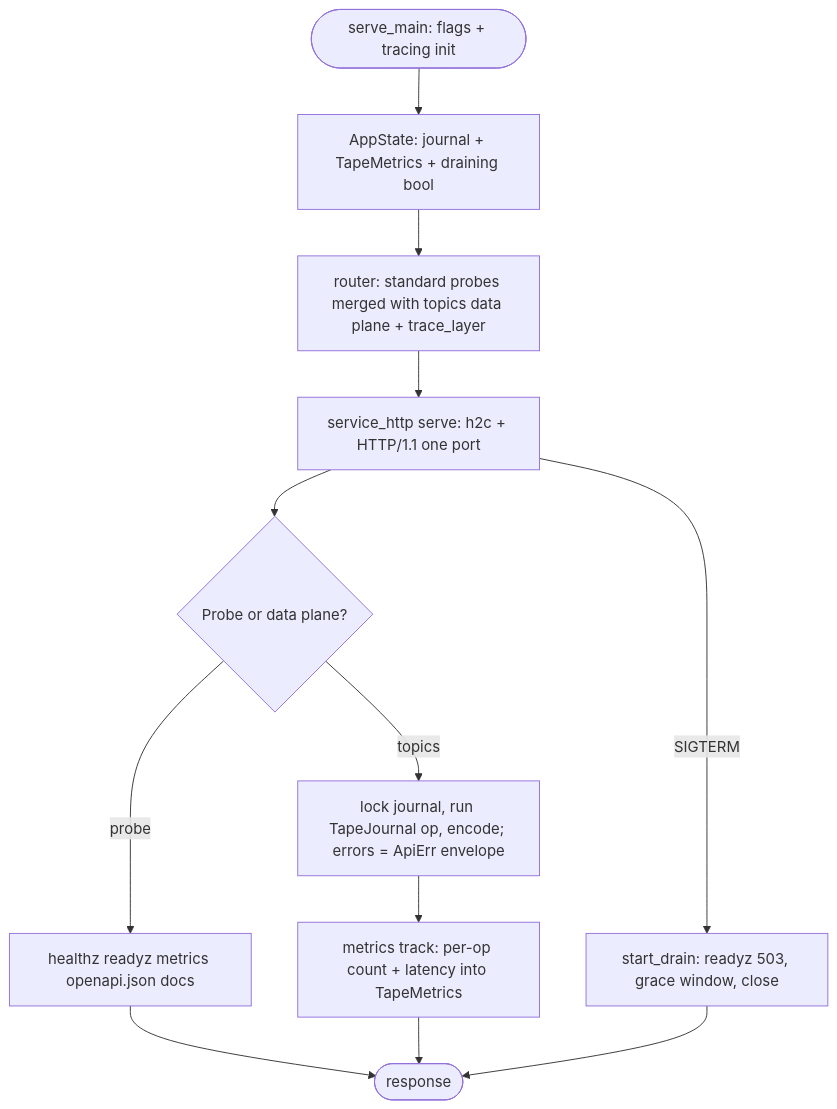
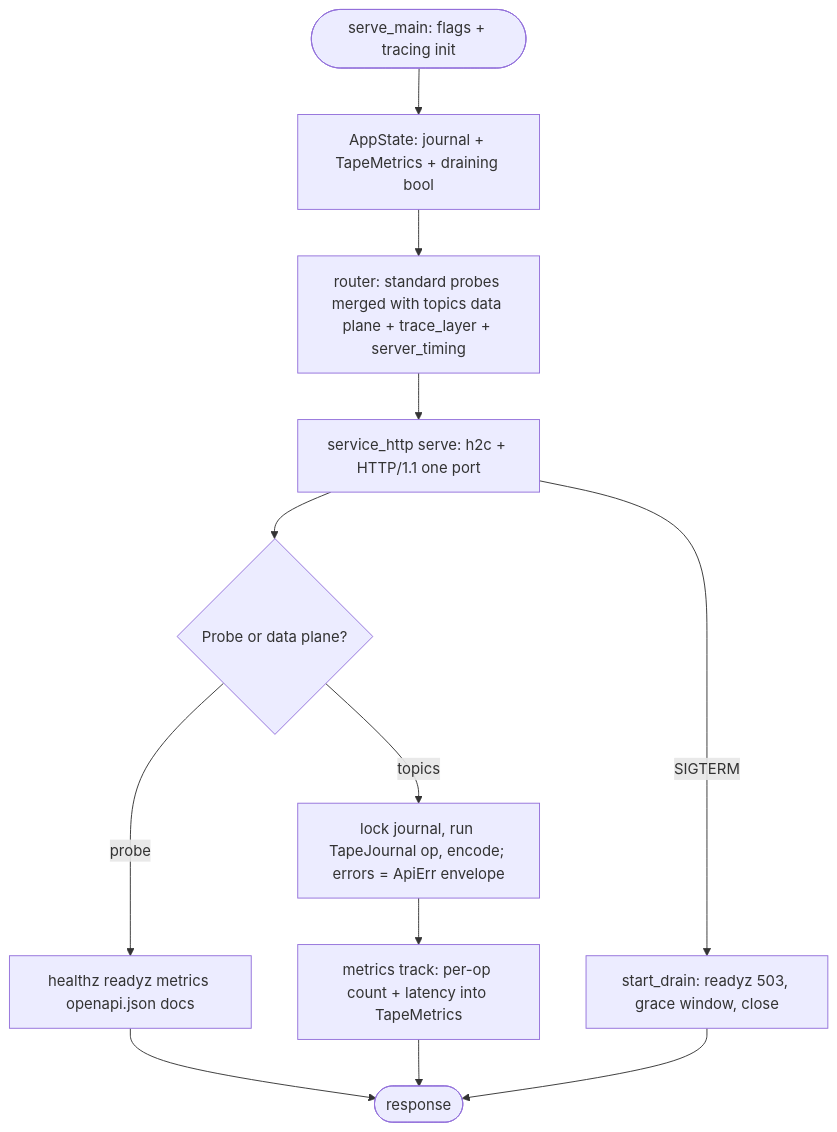
The first of 2 diagrams in apps/tape/tech-design/interfaces/rest/service-http-shell-h2c-serve-standard-endpoints.md (chrischeng-c4/axiom), drawn with Mermaid before and after one commit. The commit also changed 19 other files, not shown here.

First line of the commit message:
feat: wire Server-Timing response attribution across the service family (#2490)

````diff
--- a/apps/tape/tech-design/interfaces/rest/service-http-shell-h2c-serve-standard-endpoints.md
+++ b/apps/tape/tech-design/interfaces/rest/service-http-shell-h2c-serve-standard-endpoints.md
@@ -19,61 +19,61 @@
 ```mermaid
 ---
 id: tape-service-http-shell-flow
 entry: boot
 nodes:
   boot:
     kind: start
     label: "serve_main: parse ServeArgs (--bind/TAPE_BIND, --store/TAPE_STORE, --grace-secs/TAPE_GRACE_SECS default 10); init tracing (RUST_LOG wins, else info EnvFilter)"
   state:
     kind: process
     label: "AppState::new: load TapeJournal from --store (or empty) behind std::sync::Mutex + Arc<TapeMetrics> + draining AtomicBool; AppState implements service_http::ReadinessHook and MetricsProvider"
   build:
     kind: process
-    label: "router(): topic data plane (append/replay/checkpoint) with route_layer(metrics::track) merged onto service_http::standard_probe_routes(state, Some(metrics), crate::openapi::openapi); outer service_http::trace_layer()"
+    label: "router(): topic data plane (append/replay/checkpoint) with route_layer(metrics::track) merged onto service_http::standard_probe_routes(state, Some(metrics), crate::openapi::openapi); outer service_http::trace_layer() then service_http::server_timing_middleware (#2490)"
   serve:
     kind: process
     label: "service_http::serve(listener, app, shutdown_with_drain(start_drain, grace)) -- HTTP/1.1 + h2c on the one serve port"
   req:
     kind: decision
     label: "Request arrives: probe route or /topics data plane?"
   probes:
     kind: process
     label: "/healthz 200; /readyz 200 or 503 when ReadinessHook::is_draining; /metrics renders TapeMetrics through MetricsProvider; /openapi.json + /docs from crate::openapi::openapi"
   data:
     kind: process
     label: "Handler locks the journal Mutex, calls TapeJournal::append/replay/put_checkpoint/checkpoint (unchanged lib.rs API), persists to --store on mutation, encodes JSON; decode/validation errors return ApiErr 400 bad_request, domain errors (stale/beyond-end checkpoint) return ApiErr 409 conflict"
   track:
     kind: process
     label: "metrics::track route_layer middleware: map the matched route pattern to its op family (append/replay/checkpoint_get/checkpoint_put/other) and observe count + latency ms into TapeMetrics (metrics-prometheus Latency primitives)"
   sigterm:
     kind: process
     label: "SIGTERM or SIGINT: start_drain flips the draining AtomicBool so /readyz reports 503, the grace window holds, then the listener closes"
   done:
     kind: terminal
     label: "Response returned on the same port; every error body is the shared {error, message} envelope"
 edges:
   - { from: boot, to: state }
   - { from: state, to: build }
   - { from: build, to: serve }
   - { from: serve, to: req, label: "request accepted" }
   - { from: req, to: probes, label: "probe route" }
   - { from: req, to: data, label: "/topics/{topic}/* route" }
   - { from: data, to: track, label: "response recorded" }
   - { from: probes, to: done }
   - { from: track, to: done }
   - { from: serve, to: sigterm, label: "shutdown signal" }
   - { from: sigterm, to: done, label: "grace expired" }
 ---
 flowchart TD
     boot([serve_main: flags + tracing init]) --> state[AppState: journal + TapeMetrics + draining bool]
-    state --> build[router: standard probes merged with topics data plane + trace_layer]
+    state --> build[router: standard probes merged with topics data plane + trace_layer + server_timing]
     build --> serve[service_http serve: h2c + HTTP/1.1 one port]
     serve --> req{Probe or data plane?}
     req -->|probe| probes[healthz readyz metrics openapi.json docs]
     req -->|topics| data[lock journal, run TapeJournal op, encode; errors = ApiErr envelope]
     data --> track[metrics track: per-op count + latency into TapeMetrics]
     probes --> done([response])
     track --> done
     serve -->|SIGTERM| sigterm[start_drain: readyz 503, grace window, close]
     sigterm --> done
 ```
````
